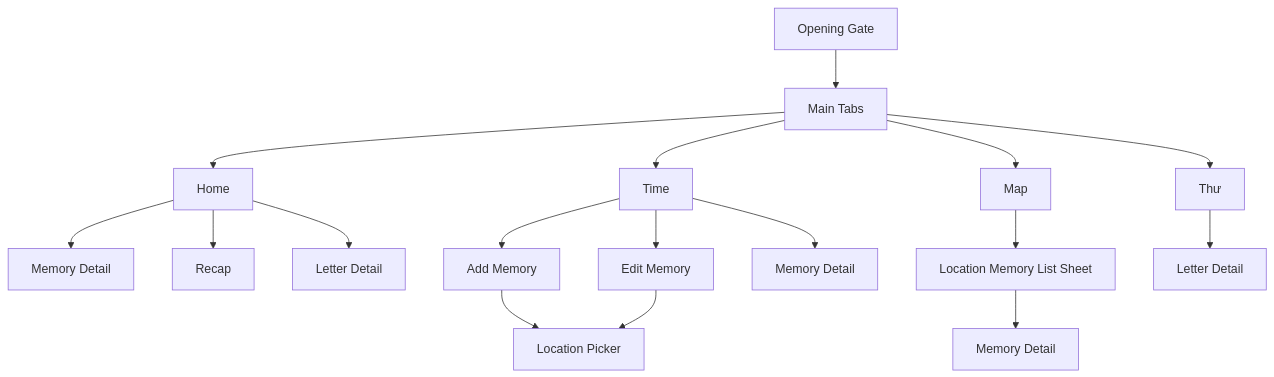
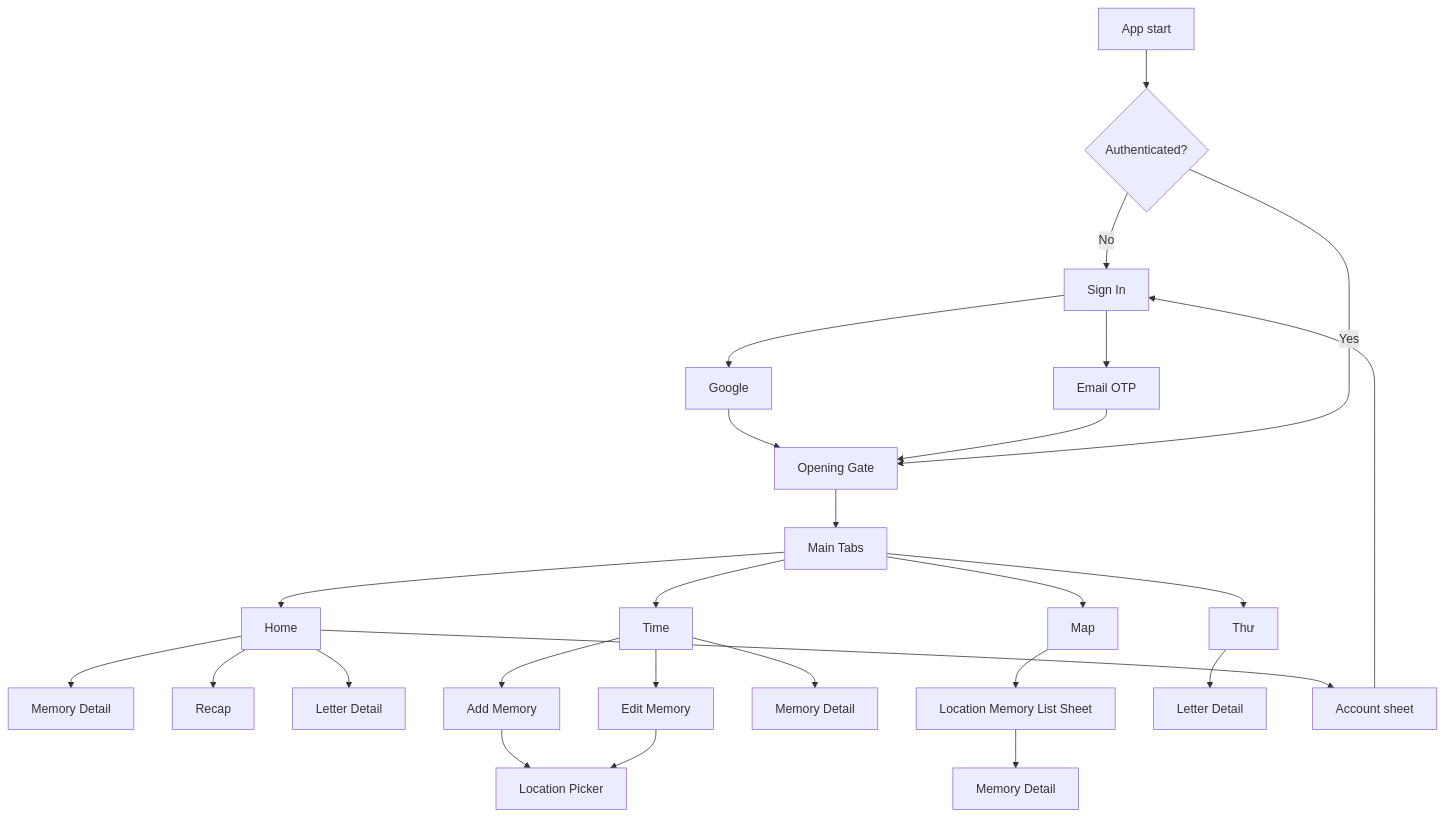
Before and after one commit to lehung1006/love-journal: the first of 4 diagrams in docs/designs/love-journal-current-ui-ux.md, drawn with Mermaid. The commit also changed other lines of this file and 16 other files, not shown here.

````diff
--- a/docs/designs/love-journal-current-ui-ux.md
+++ b/docs/designs/love-journal-current-ui-ux.md
@@ -165,24 +208,34 @@
 ```mermaid
 flowchart TD
-  A["Opening Gate"] --> B["Main Tabs"]
+  A["App start"] --> AU{"Authenticated?"}
+  AU -- "No" --> SI["Sign In"]
+  SI --> GG["Google"]
+  SI --> EM["Email OTP"]
+  GG --> OG["Opening Gate"]
+  EM --> OG
+  AU -- "Yes" --> OG
+  OG --> B["Main Tabs"]
 
   B --> H["Home"]
   B --> T["Time"]
   B --> M["Map"]
   B --> L["Thư"]
 
   H --> HD["Memory Detail"]
   H --> HR["Recap"]
   H --> HL["Letter Detail"]
 
   T --> TA["Add Memory"]
   T --> TE["Edit Memory"]
   T --> TD["Memory Detail"]
   TA --> LP["Location Picker"]
   TE --> LP
 
   M --> MS["Location Memory List Sheet"]
   MS --> MD["Memory Detail"]
 
   L --> LD["Letter Detail"]
+
+  H --> AS["Account sheet"]
+  AS --> SI
 ```
````
